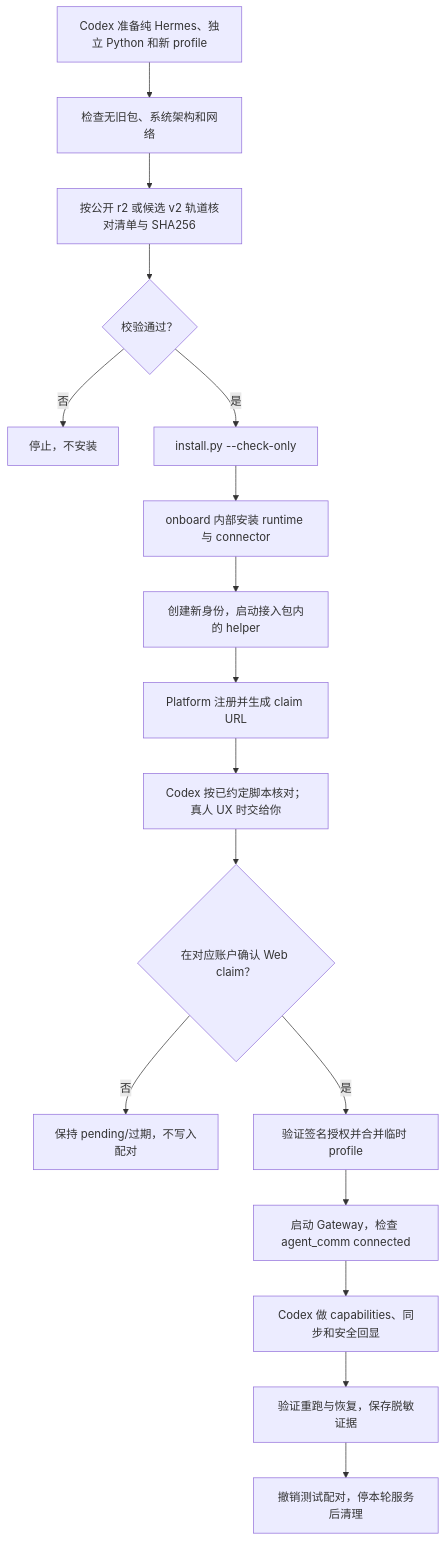
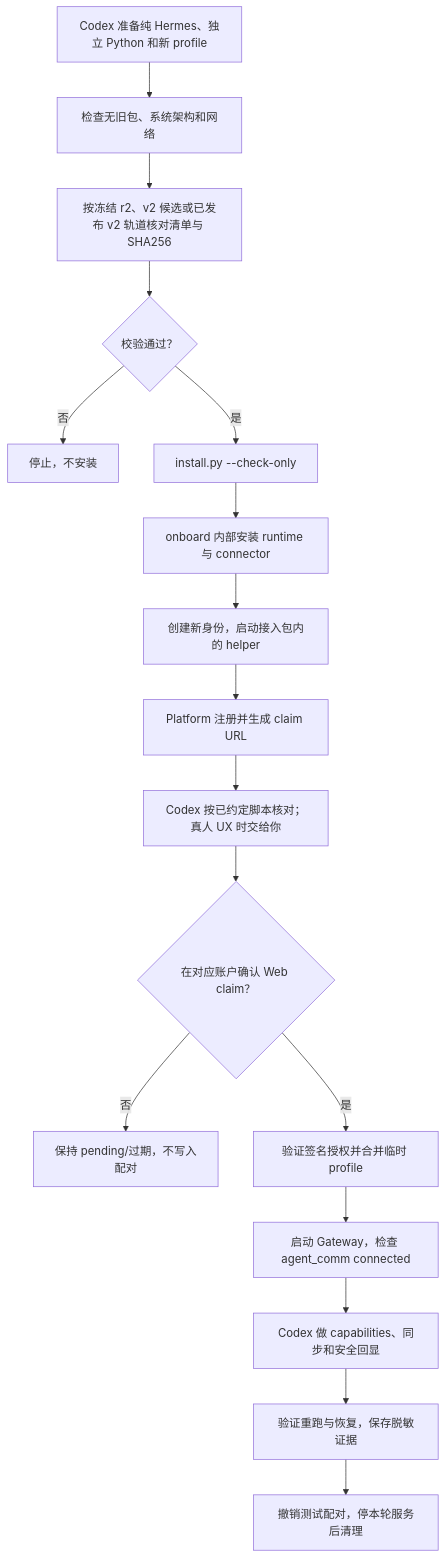
Before and after one commit to BillShiyaoZhang/agent-collaboration-deploy: diagram 29 of 30 in docs/testing/TEST_EXECUTION_GUIDE.md, drawn with Mermaid. The commit also changed other lines of this file and 21 other files, not shown here.

```diff
--- a/docs/testing/TEST_EXECUTION_GUIDE.md
+++ b/docs/testing/TEST_EXECUTION_GUIDE.md
@@ -1147,19 +1147,19 @@
 ~~~mermaid
 flowchart TD
     A["Codex 准备纯 Hermes、独立 Python 和新 profile"] --> B["检查无旧包、系统架构和网络"]
-    B --> C["按公开 r2 或候选 v2 轨道核对清单与 SHA256"]
+    B --> C["按冻结 r2、v2 候选或已发布 v2 轨道核对清单与 SHA256"]
     C --> D{"校验通过？"}
     D -- "否" --> E["停止，不安装"]
     D -- "是" --> F["install.py --check-only"]
     F --> G["onboard 内部安装 runtime 与 connector"]
     G --> H["创建新身份，启动接入包内的 helper"]
     H --> I["Platform 注册并生成 claim URL"]
     I --> J["Codex 按已约定脚本核对；真人 UX 时交给你"]
     J --> K{"在对应账户确认 Web claim？"}
     K -- "否" --> L["保持 pending/过期，不写入配对"]
     K -- "是" --> M["验证签名授权并合并临时 profile"]
     M --> N["启动 Gateway，检查 agent_comm connected"]
     N --> O["Codex 做 capabilities、同步和安全回显"]
     O --> P["验证重跑与恢复，保存脱敏证据"]
     P --> Q["撤销测试配对，停本轮服务后清理"]
 ~~~
```
